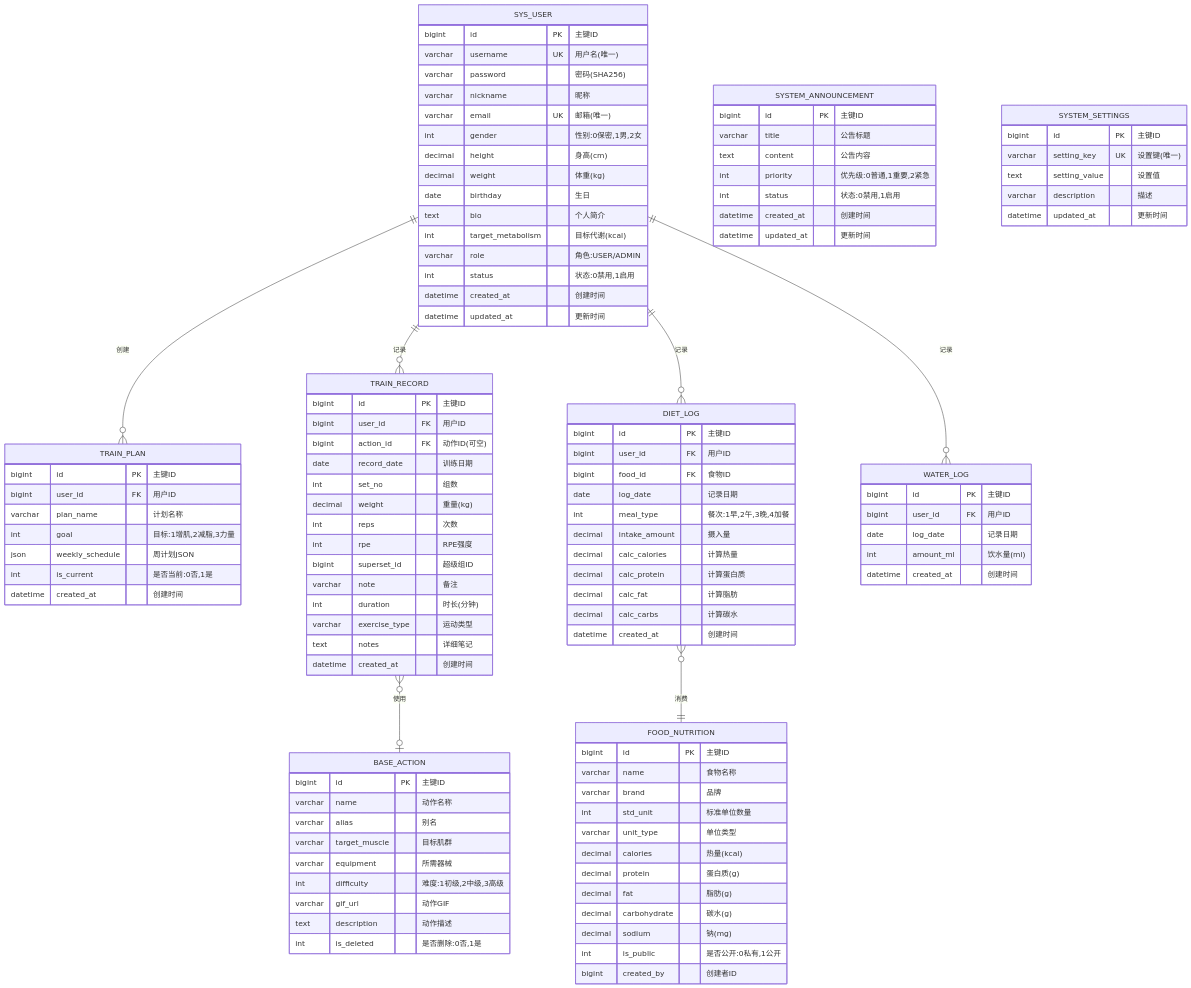
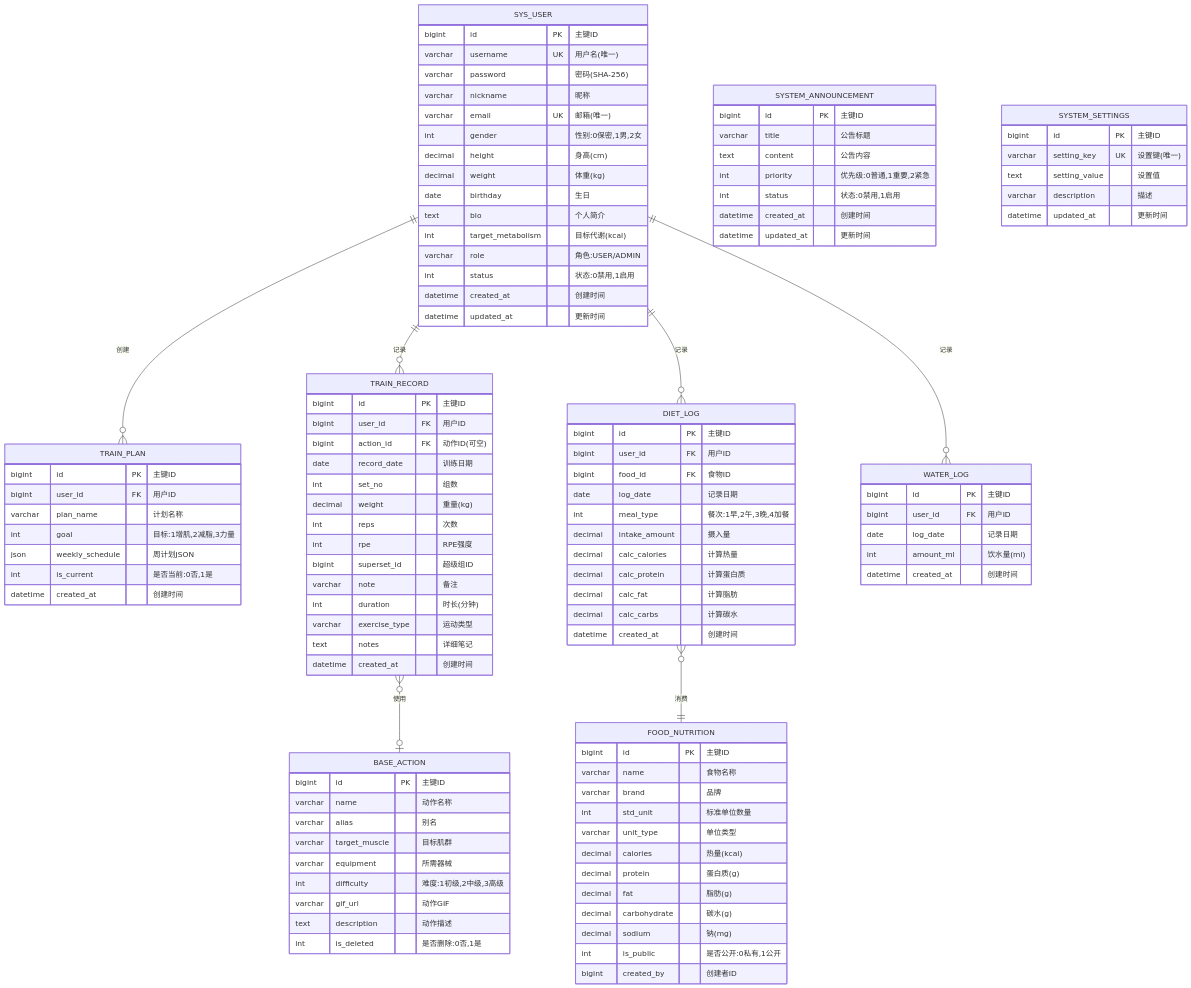
Before and after one commit to MrWeilaity/IronLog: the tenth of 16 diagrams in PROJECT_DOCS.md, drawn with Mermaid. The commit also changed other lines of this file, not shown here.

Commit message:
Fix documentation consistency issues - standardize SHA-256 terminology and repository URLs

```diff
--- a/PROJECT_DOCS.md
+++ b/PROJECT_DOCS.md
@@ -530,7 +530,7 @@
     SYS_USER {
         bigint id PK "主键ID"
         varchar username UK "用户名(唯一)"
-        varchar password "密码(SHA256)"
+        varchar password "密码(SHA-256)"
         varchar nickname "昵称"
         varchar email UK "邮箱(唯一)"
         int gender "性别:0保密,1男,2女"
```
